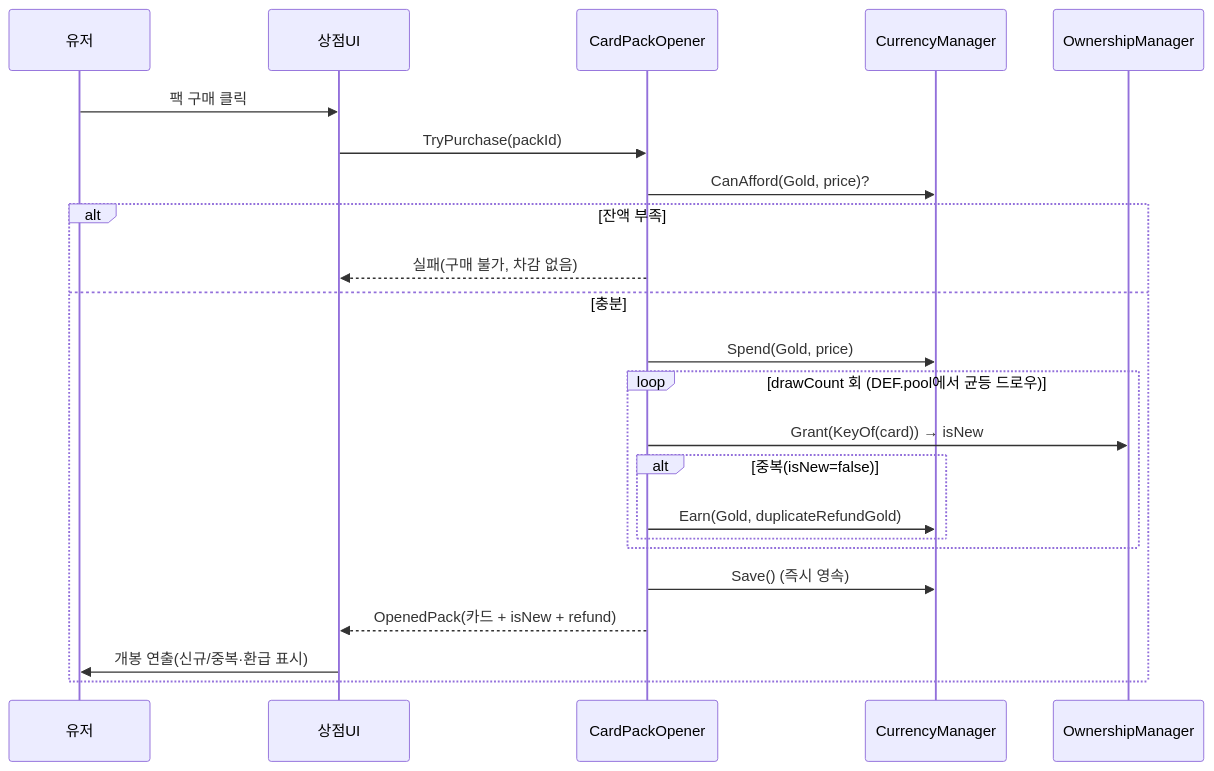
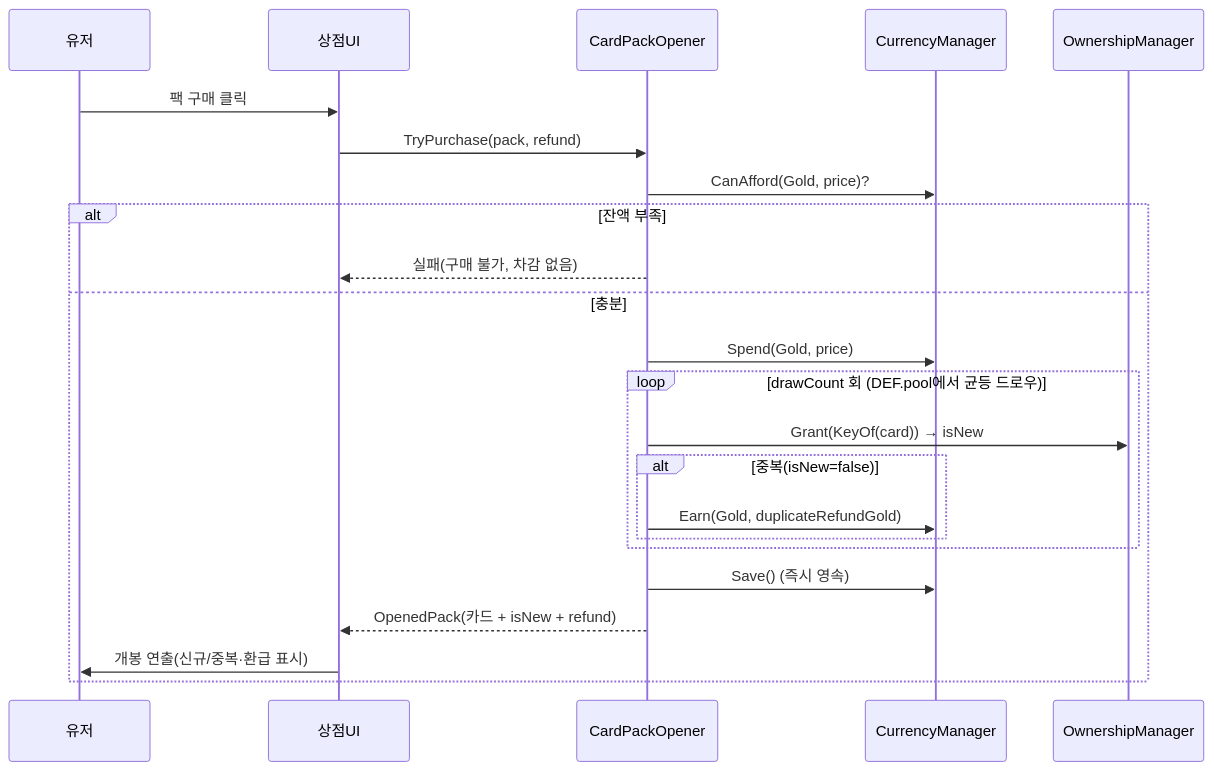
The eighth of 12 diagrams in docs/OutGamePlan/STRUCTURE.md (hspark-maker/TeamfightTCG_Migriation), drawn with Mermaid before and after one commit. The commit also changed other lines of this file and 21 other files, not shown here.

````diff
--- a/docs/OutGamePlan/STRUCTURE.md
+++ b/docs/OutGamePlan/STRUCTURE.md
@@ -356,26 +354,26 @@
 ```mermaid
 sequenceDiagram
     participant U as 유저
     participant SHOP as 상점UI
     participant SVC as CardPackOpener
     participant CUR as CurrencyManager
     participant OWN as OwnershipManager
 
     U->>SHOP: 팩 구매 클릭
-    SHOP->>SVC: TryPurchase(packId)
+    SHOP->>SVC: TryPurchase(pack, refund)
     SVC->>CUR: CanAfford(Gold, price)?
     alt 잔액 부족
         SVC-->>SHOP: 실패(구매 불가, 차감 없음)
     else 충분
         SVC->>CUR: Spend(Gold, price)
         loop drawCount 회 (DEF.pool에서 균등 드로우)
             SVC->>OWN: Grant(KeyOf(card)) → isNew
             alt 중복(isNew=false)
                 SVC->>CUR: Earn(Gold, duplicateRefundGold)
             end
         end
         SVC->>CUR: Save() (즉시 영속)
         SVC-->>SHOP: OpenedPack(카드 + isNew + refund)
         SHOP->>U: 개봉 연출(신규/중복·환급 표시)
     end
 ```
````
